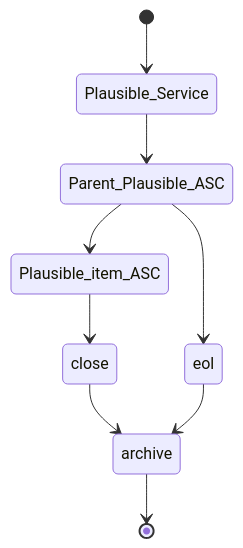
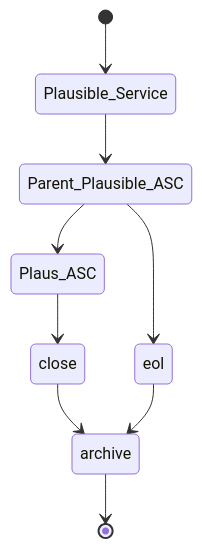
The fifth of 8 diagrams in profile/README.md (GoPlausible/.github), drawn with Mermaid before and after one commit. The commit also changed other lines of this file, not shown here.

````diff
--- a/profile/README.md
+++ b/profile/README.md
@@ -235,11 +235,11 @@
 ```mermaid
   stateDiagram-v2
     [*] --> Plausible_Service
     Plausible_Service --> Parent_Plausible_ASC
-    Parent_Plausible_ASC --> Plausible_item_ASC
-    Plausible_item_ASC --> close
+    Parent_Plausible_ASC --> Plaus_ASC
+    Plaus_ASC --> close
     Parent_Plausible_ASC --> eol
     close --> archive
     eol --> archive
     archive --> [*]
 ```
````
